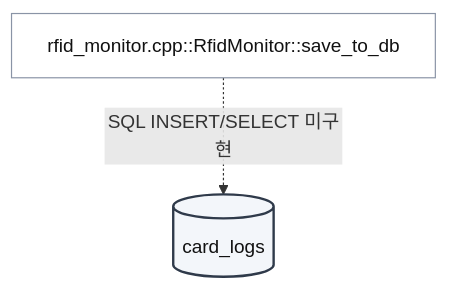
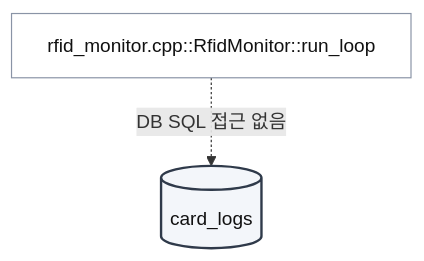
The sixth of 6 diagrams in docs/notion_db_flow.md (VEDA36tmea1/SFEPS), drawn with Mermaid before and after one commit. The commit also changed other lines of this file and 10 other files, not shown here.

````diff
--- a/docs/notion_db_flow.md
+++ b/docs/notion_db_flow.md
@@ -125,10 +127,10 @@
 ```mermaid
 flowchart TB
     classDef table fill:#f3f6fa,stroke:#2f3a4a,stroke-width:2px,color:#111;
     classDef func fill:#ffffff,stroke:#8a94a6,color:#111;
 
     T[(card_logs)]:::table
-    F0["rfid_monitor.cpp::RfidMonitor::save_to_db"]:::func
+    F0["rfid_monitor.cpp::RfidMonitor::run_loop"]:::func
 
-    F0 -. "SQL INSERT/SELECT 미구현" .-> T
+    F0 -. "DB SQL 접근 없음" .-> T
 ```
````
